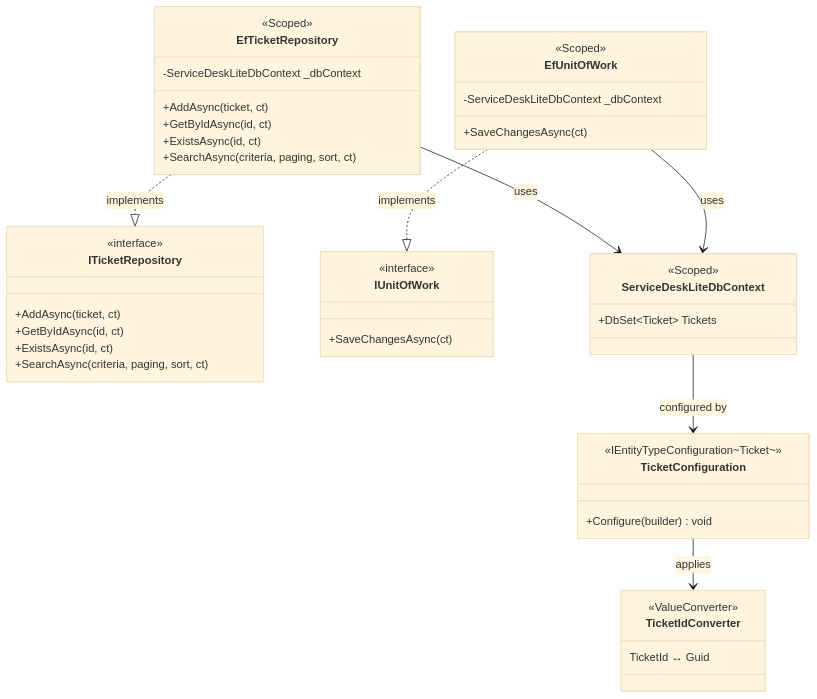
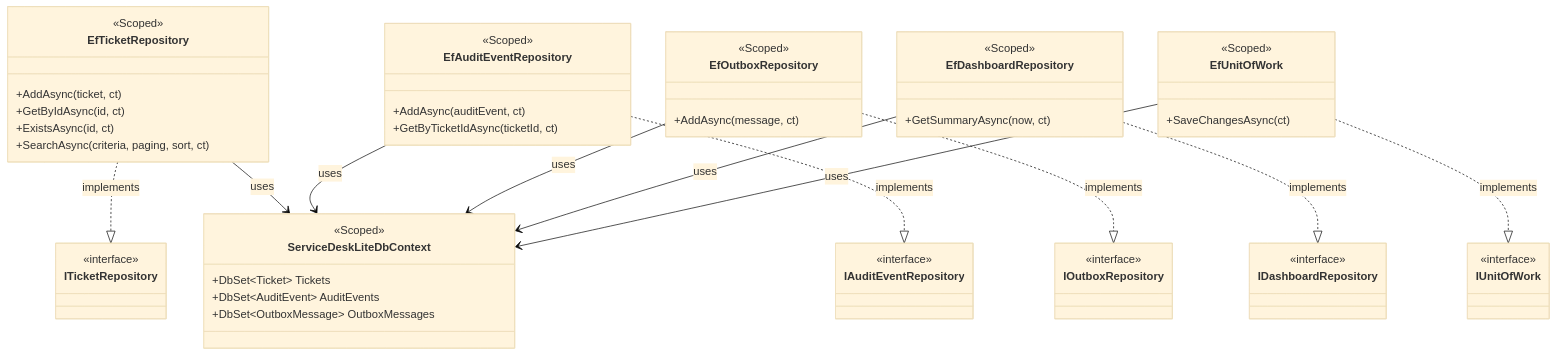
One commit to goldbarth/ServiceDeskLite changed the diagram in docs/diagrams/component-relationships-sqlite.mmd. Above: the diagram before and after it, drawn with Mermaid (base theme). The commit also changed 25 other files, not shown here.

Commit message:
docs: sync documentation and diagrams with Milestone 3 (#122)

```diff
--- a/docs/diagrams/component-relationships-sqlite.mmd
+++ b/docs/diagrams/component-relationships-sqlite.mmd
@@ -1,44 +1,48 @@
 classDiagram
-    class ITicketRepository {
-        <<interface>>
+    class ITicketRepository { <<interface>> }
+    class IAuditEventRepository { <<interface>> }
+    class IOutboxRepository { <<interface>> }
+    class IDashboardRepository { <<interface>> }
+    class IUnitOfWork { <<interface>> }
+
+    class EfTicketRepository {
+        <<Scoped>>
         +AddAsync(ticket, ct)
         +GetByIdAsync(id, ct)
         +ExistsAsync(id, ct)
         +SearchAsync(criteria, paging, sort, ct)
     }
-    class IUnitOfWork {
-        <<interface>>
-        +SaveChangesAsync(ct)
+    class EfAuditEventRepository {
+        <<Scoped>>
+        +AddAsync(auditEvent, ct)
+        +GetByTicketIdAsync(ticketId, ct)
     }
-    class EfTicketRepository {
+    class EfOutboxRepository {
         <<Scoped>>
-        -ServiceDeskLiteDbContext _dbContext
-        +AddAsync(ticket, ct)
-        +GetByIdAsync(id, ct)
-        +ExistsAsync(id, ct)
-        +SearchAsync(criteria, paging, sort, ct)
+        +AddAsync(message, ct)
+    }
+    class EfDashboardRepository {
+        <<Scoped>>
+        +GetSummaryAsync(now, ct)
     }
     class EfUnitOfWork {
         <<Scoped>>
-        -ServiceDeskLiteDbContext _dbContext
         +SaveChangesAsync(ct)
     }
     class ServiceDeskLiteDbContext {
         <<Scoped>>
         +DbSet~Ticket~ Tickets
+        +DbSet~AuditEvent~ AuditEvents
+        +DbSet~OutboxMessage~ OutboxMessages
     }
-    class TicketConfiguration {
-<<IEntityTypeConfiguration~Ticket~>>
-+Configure(builder) void
-}
-class TicketIdConverter {
-<<ValueConverter>>
-TicketId ↔ Guid
-}
 
-EfTicketRepository ..|> ITicketRepository : implements
-EfUnitOfWork ..|> IUnitOfWork : implements
-EfTicketRepository --> ServiceDeskLiteDbContext : uses
-EfUnitOfWork --> ServiceDeskLiteDbContext : uses
-ServiceDeskLiteDbContext --> TicketConfiguration : configured by
-TicketConfiguration --> TicketIdConverter : applies
+    EfTicketRepository ..|> ITicketRepository : implements
+    EfAuditEventRepository ..|> IAuditEventRepository : implements
+    EfOutboxRepository ..|> IOutboxRepository : implements
+    EfDashboardRepository ..|> IDashboardRepository : implements
+    EfUnitOfWork ..|> IUnitOfWork : implements
+    EfTicketRepository --> ServiceDeskLiteDbContext : uses
+    EfAuditEventRepository --> ServiceDeskLiteDbContext : uses
+    EfOutboxRepository --> ServiceDeskLiteDbContext : uses
+    EfDashboardRepository --> ServiceDeskLiteDbContext : uses
+    EfUnitOfWork --> ServiceDeskLiteDbContext : uses
```
